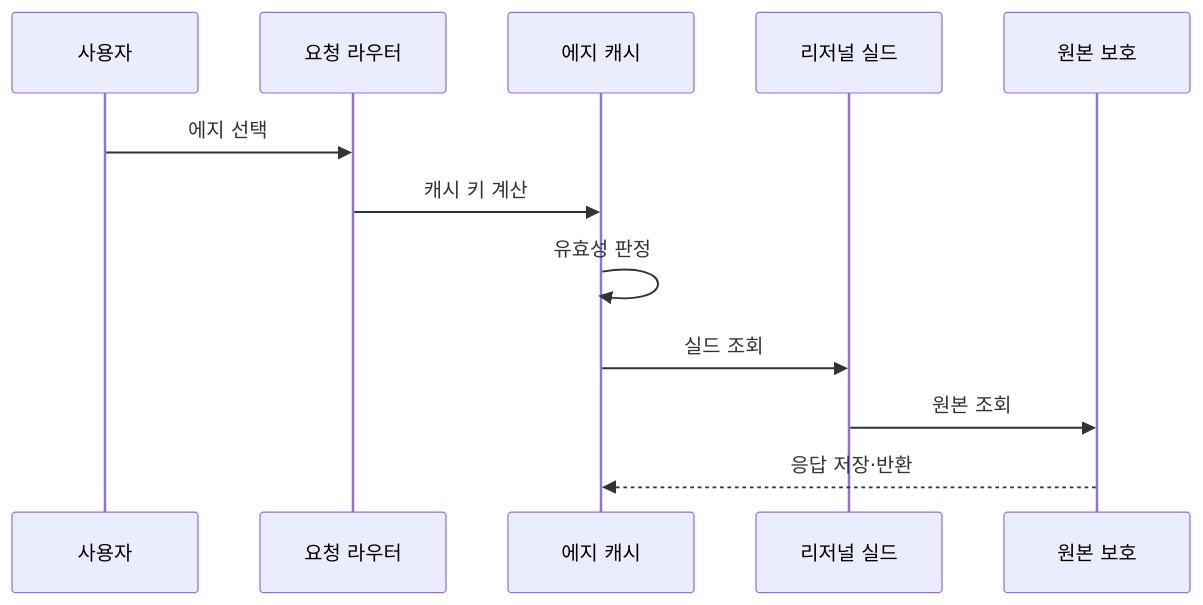
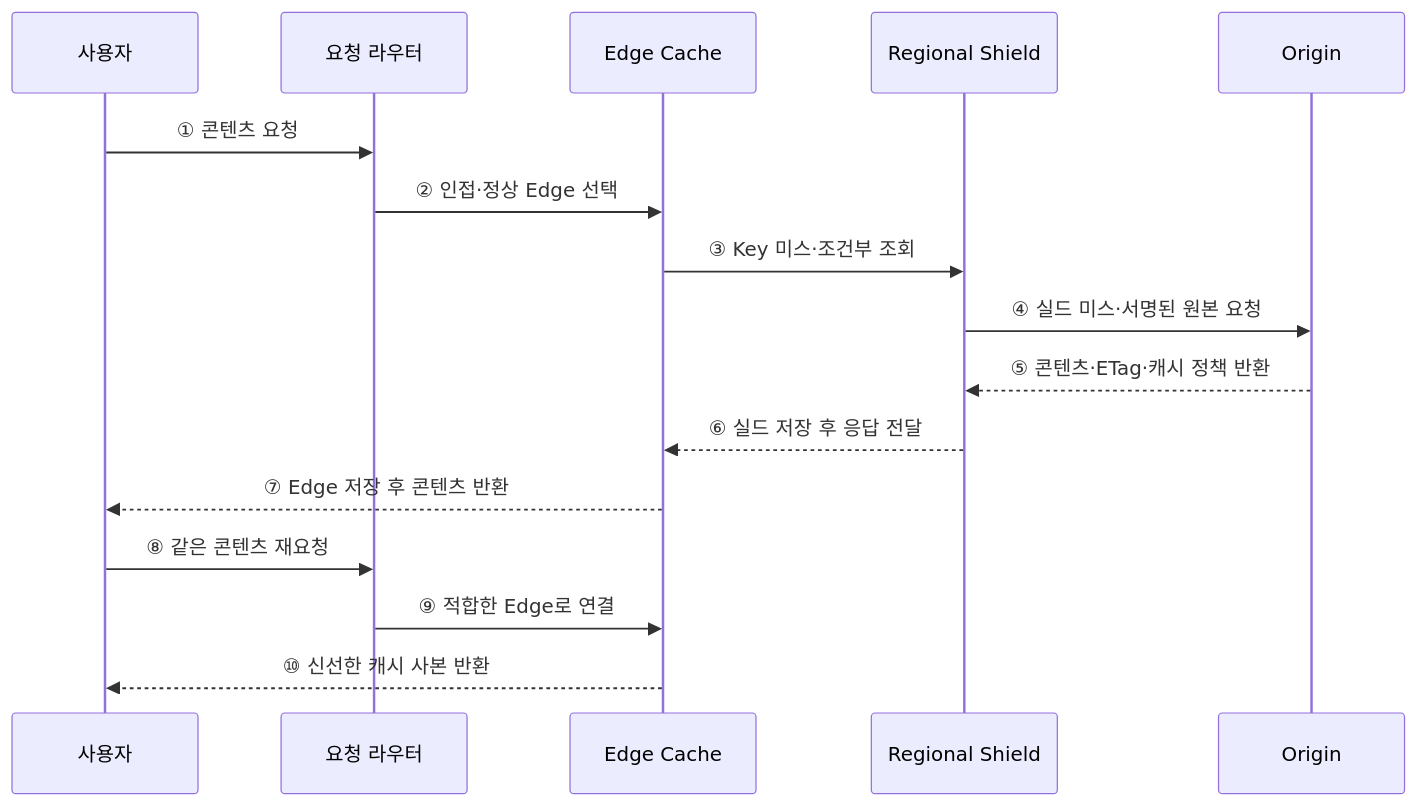
Before and after one commit to agnusdei1207/knowledge-base: the second of 2 diagrams in src/content/docs/notes/03-software/181_cdn.md, drawn with Mermaid. The commit also changed other lines of this file and 12 other files, not shown here.

````diff
--- a/src/content/docs/notes/03-software/181_cdn.md
+++ b/src/content/docs/notes/03-software/181_cdn.md
@@ -80,14 +74,18 @@
 ```mermaid
 sequenceDiagram
-    participant C as 사용자
+    participant U as 사용자
     participant R as 요청 라우터
-    participant E as 에지 캐시
-    participant S as 리저널 실드
-    participant O as 원본 보호
-    C->>R: 에지 선택
-    R->>E: 캐시 키 계산
-    E->>E: 유효성 판정
-    E->>S: 실드 조회
-    S->>O: 원본 조회
-    O-->>E: 응답 저장·반환
+    participant E as Edge Cache
+    participant S as Regional Shield
+    participant O as Origin
+    U->>R: ① 콘텐츠 요청
+    R->>E: ② 인접·정상 Edge 선택
+    E->>S: ③ Key 미스·조건부 조회
+    S->>O: ④ 실드 미스·서명된 원본 요청
+    O-->>S: ⑤ 콘텐츠·ETag·캐시 정책 반환
+    S-->>E: ⑥ 실드 저장 후 응답 전달
+    E-->>U: ⑦ Edge 저장 후 콘텐츠 반환
+    U->>R: ⑧ 같은 콘텐츠 재요청
+    R->>E: ⑨ 적합한 Edge로 연결
+    E-->>U: ⑩ 신선한 캐시 사본 반환
 ```
````
